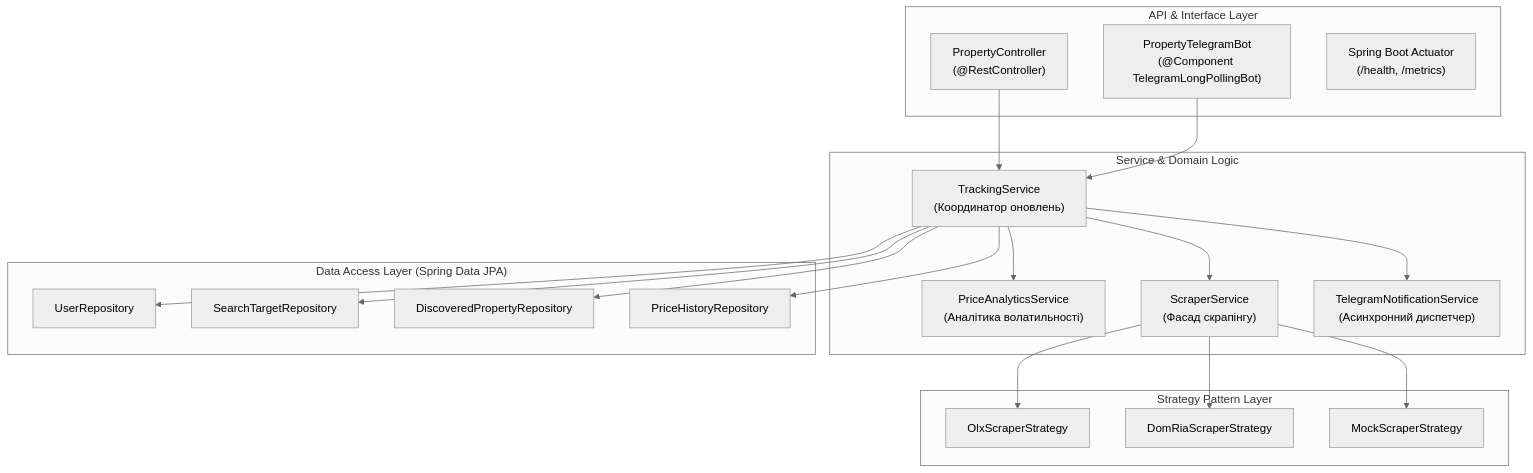
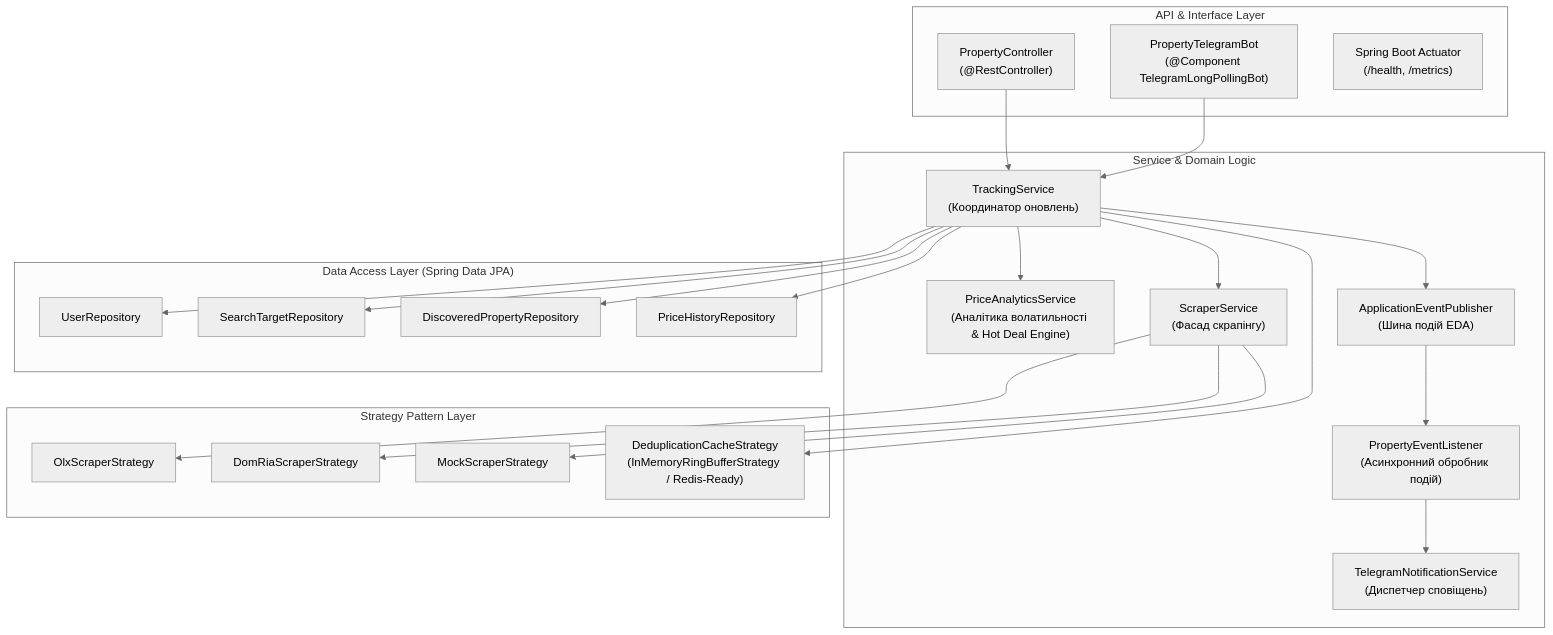
The third of 5 diagrams in ARCHITECTURE.md (kvolegi/Property-Searcher), drawn with Mermaid (neutral theme) before and after one commit. The commit also changed other lines of this file and 8 other files, not shown here.

Commit message:
feat(backend): implement Event-Driven Architecture (EDA), Cache Strategy & Statistical Bargain Detection

````diff
--- a/ARCHITECTURE.md
+++ b/ARCHITECTURE.md
@@ -77,41 +77,47 @@
 ```mermaid
 flowchart TD
     subgraph API_Layer ["API & Interface Layer"]
         PC["PropertyController\n(@RestController)"]
         TB["PropertyTelegramBot\n(@Component TelegramLongPollingBot)"]
         Actuator["Spring Boot Actuator\n(/health, /metrics)"]
     end
 
     subgraph Core_Services ["Service & Domain Logic"]
         TS["TrackingService\n(Координатор оновлень)"]
-        PAS["PriceAnalyticsService\n(Аналітика волатильності)"]
+        PAS["PriceAnalyticsService\n(Аналітика волатильності & Hot Deal Engine)"]
         SS["ScraperService\n(Фасад скрапінгу)"]
-        TNS["TelegramNotificationService\n(Асинхронний диспетчер)"]
+        EP["ApplicationEventPublisher\n(Шина подій EDA)"]
+        PEL["PropertyEventListener\n(Асинхронний обробник подій)"]
+        TNS["TelegramNotificationService\n(Диспетчер сповіщень)"]
     end
 
     subgraph Strategy_Layer ["Strategy Pattern Layer"]
         OLX_Strat["OlxScraperStrategy"]
         DOMRIA_Strat["DomRiaScraperStrategy"]
         MOCK_Strat["MockScraperStrategy"]
+        Cache_Strat["DeduplicationCacheStrategy\n(InMemoryRingBufferStrategy / Redis-Ready)"]
     end
 
     subgraph Persistence_Layer ["Data Access Layer (Spring Data JPA)"]
         UR["UserRepository"]
         STR["SearchTargetRepository"]
         DPR["DiscoveredPropertyRepository"]
         PHR["PriceHistoryRepository"]
     end
 
     PC --> TS
     TB --> TS
     TS --> SS
     TS --> PAS
-    TS --> TNS
+    TS --> Cache_Strat
+    TS --> EP
+    EP --> PEL
+    PEL --> TNS
     SS --> OLX_Strat
     SS --> DOMRIA_Strat
     SS --> MOCK_Strat
     TS --> UR
     TS --> STR
     TS --> DPR
     TS --> PHR
 ```
````
